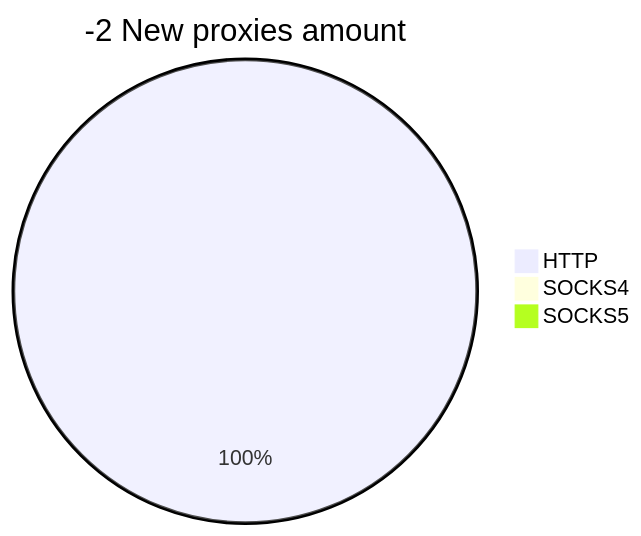
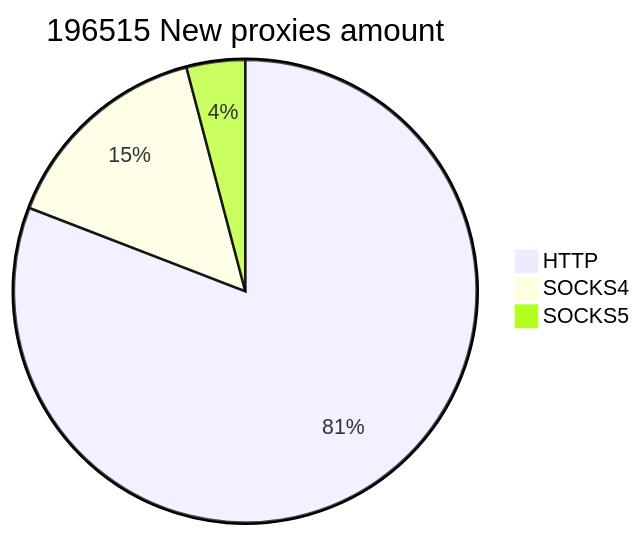
The second of 2 diagrams in README.md (cutipu/proxylist), drawn with Mermaid before and after one commit. The commit also changed other lines of this file, not shown here.

````diff
--- a/README.md
+++ b/README.md
@@ -10,6 +10,6 @@
 ```mermaid
-pie title -2 New proxies amount
-    "HTTP" : 1
-    "SOCKS4" : 0
-    "SOCKS5" : 0
+pie title 196515 New proxies amount
+    "HTTP" : 158907
+    "SOCKS4" : 29570
+    "SOCKS5" : 8038
 ```
````
